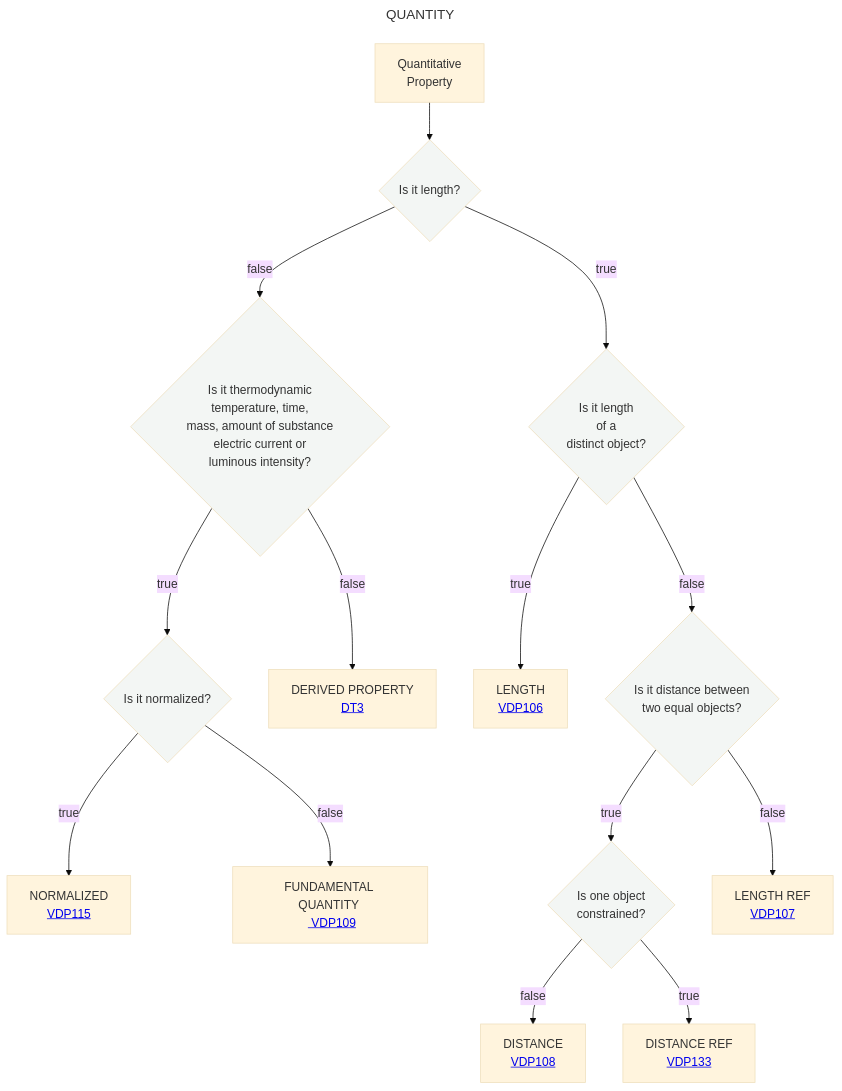
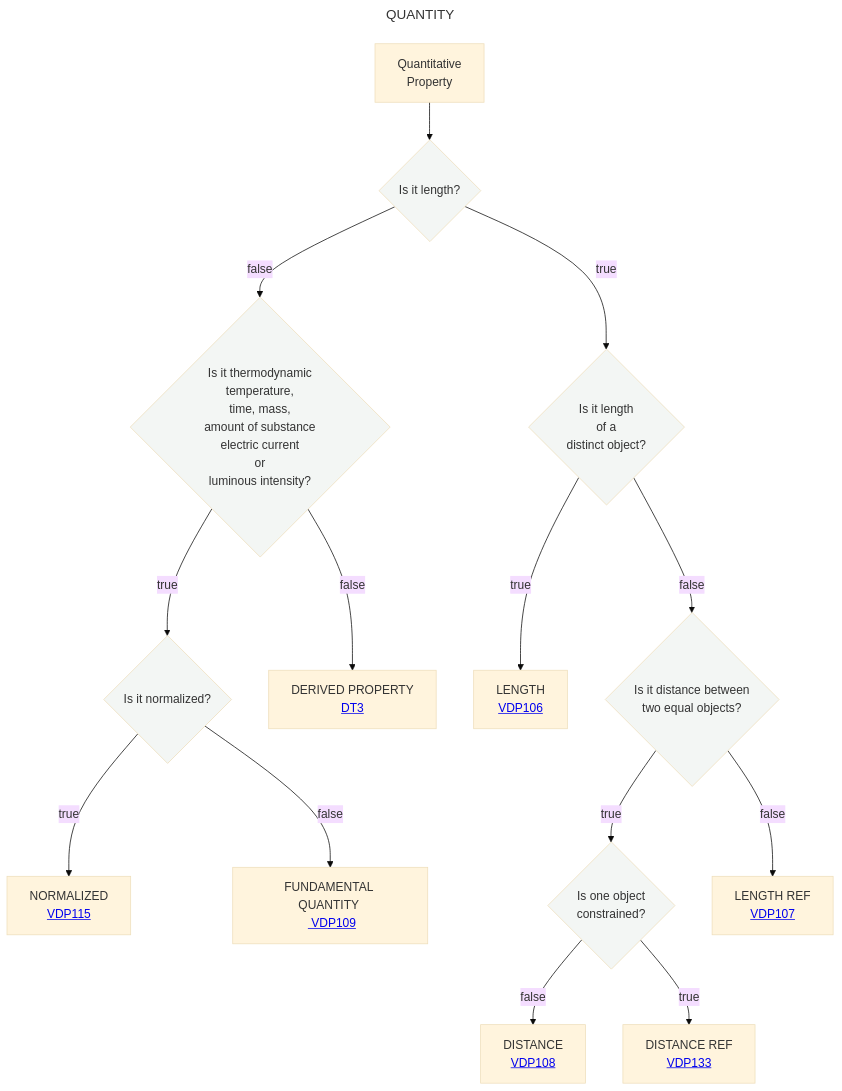
One commit to mabablue/I-ADOPT-patterns-playground changed the diagram in Decisition_trees/DT2.mmd. Above: the diagram before and after it, drawn with Mermaid (base theme).

Commit message:
Fix formatting in decision tree flowchart

```diff
--- a/Decisition_trees/DT2.mmd
+++ b/Decisition_trees/DT2.mmd
@@ -1,21 +1,21 @@
 ---
 title: QUANTITY
 ---
 flowchart TD
     A[Quantitative <br> Property] --> C{Is it length?}:::white
     C --> |true|E{Is it length <br> of a <br> distinct object?}:::white
-    C --> |false|F{Is it thermodynamic <br> temperature, time,  <br> mass, amount of substance <br> electric current or <br> luminous intensity?}:::white
+    C --> |false|F{Is it thermodynamic <br> temperature, <br> time, mass, <br> amount of substance <br> electric current <br> or <br> luminous intensity?}:::white
     F --> |true|G{Is it normalized?}:::white
     G --> |true|H[NORMALIZED <br> <a href='https://github.com/mabablue/I-ADOPT-patterns-playground/blob/main/pattern/VDP115.yaml'> VDP115</a>] 
     G --> |false|I[FUNDAMENTAL QUANTITY <br> <a href='https://github.com/mabablue/I-ADOPT-patterns-playground/blob/main/pattern/VDP109.yaml'> VDP109</a>] 
     F --> |false|M[DERIVED PROPERTY <br> <a href='https://github.com/mabablue/I-ADOPT-patterns-playground/blob/main/Decisition_trees/DT3.mmd'> DT3</a>] 
     E --> |true|N[LENGTH <br> <a href='https://github.com/mabablue/I-ADOPT-patterns-playground/blob/main/pattern/VD1P06.yaml'> VDP106</a>] 
     E --> |false|O{Is it distance between <br> two equal objects?}:::white
     O --> |true|P{Is one object <br> constrained?}:::white
     P --> |false|R[DISTANCE <br> <a href='https://github.com/mabablue/I-ADOPT-patterns-playground/blob/main/pattern/VDP108.yaml'> VDP108</a>] 
     P --> |true|S[DISTANCE REF<br> <a href='https://github.com/mabablue/I-ADOPT-patterns-playground/blob/main/pattern/VDP133.yaml'> VDP133</a>] 
     O --> |false|Q[LENGTH REF <br> <a href='https://github.com/mabablue/I-ADOPT-patterns-playground/blob/main/pattern/VDP107.yaml'> VDP107</a>] 
    classDef blue fill:#90D5FF
    classDef satblue fill:#57B9FF 
    classDef white fill:#f3f6f4
    classDef green fill:#6aa84f
```
